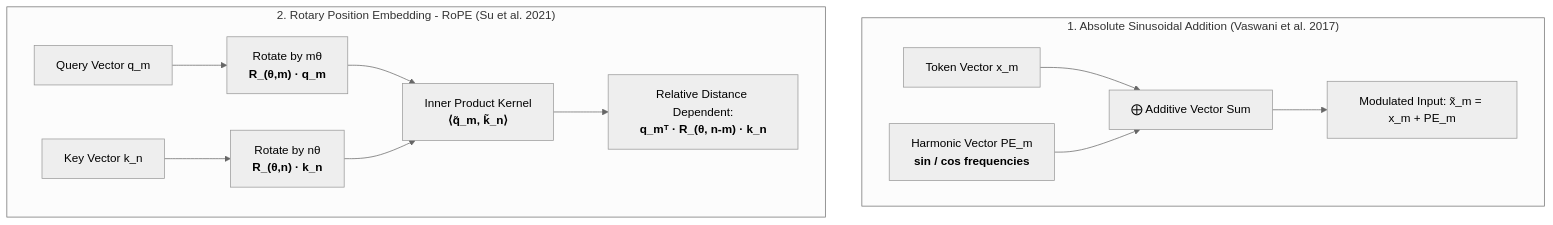
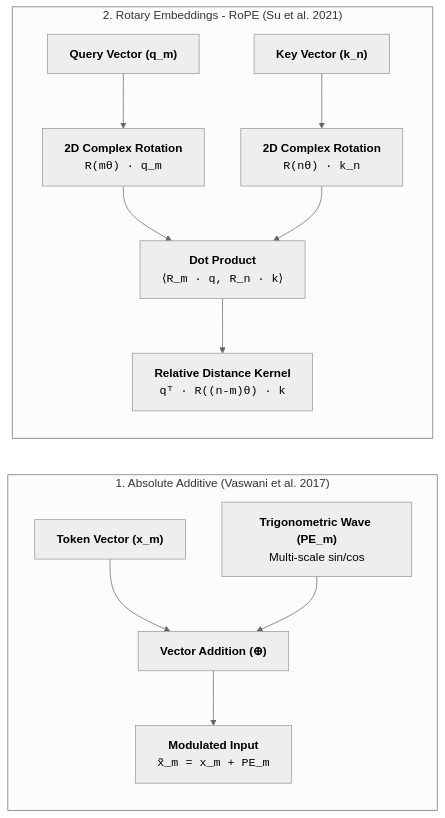
One commit to shotsan/llmnerd changed the diagram in content/foundations/positional_encoding.md. Above: the diagram before and after it, drawn with Mermaid (neutral theme). The commit also changed other lines of this file and 5 other files, not shown here.

````diff
--- a/content/foundations/positional_encoding.md
+++ b/content/foundations/positional_encoding.md
@@ -30,16 +30,18 @@
 ```mermaid
-flowchart TD
-    subgraph Absolute["1. Absolute Sinusoidal Addition (Vaswani et al. 2017)"]
-        X["Token Vector x_m"] --> Add["⨁ Additive Vector Sum"]
-        PE["Harmonic Vector PE_m<br/><b>sin / cos frequencies</b>"] --> Add
-        Add --> Out1["Modulated Input: x̃_m = x_m + PE_m"]
+flowchart LR
+    subgraph S1["1. Absolute Additive (Vaswani et al. 2017)"]
+        direction TB
+        X["<b>Token Vector (x_m)</b>"] --> Add["<b>Vector Addition (⊕)</b>"]
+        PE["<b>Trigonometric Wave (PE_m)</b><br/>Multi-scale sin/cos"] --> Add
+        Add --> Out1["<b>Modulated Input</b><br/><code>x̃_m = x_m + PE_m</code>"]
     end
 
-    subgraph Rotary["2. Rotary Position Embedding - RoPE (Su et al. 2021)"]
-        Q["Query Vector q_m"] --> RotQ["Rotate by mθ<br/><b>R_(θ,m) · q_m</b>"]
-        K["Key Vector k_n"] --> RotK["Rotate by nθ<br/><b>R_(θ,n) · k_n</b>"]
-        RotQ --> Dot["Inner Product Kernel<br/><b>⟨q̃_m, k̃_n⟩</b>"]
+    subgraph S2["2. Rotary Embeddings - RoPE (Su et al. 2021)"]
+        direction TB
+        Q["<b>Query Vector (q_m)</b>"] --> RotQ["<b>2D Complex Rotation</b><br/><code>R(mθ) · q_m</code>"]
+        K["<b>Key Vector (k_n)</b>"] --> RotK["<b>2D Complex Rotation</b><br/><code>R(nθ) · k_n</code>"]
+        RotQ --> Dot["<b>Dot Product</b><br/><code>⟨R_m · q, R_n · k⟩</code>"]
         RotK --> Dot
-        Dot --> Out2["Relative Distance Dependent:<br/><b>q_mᵀ · R_(θ, n-m) · k_n</b>"]
+        Dot --> Out2["<b>Relative Distance Kernel</b><br/><code>qᵀ · R((n-m)θ) · k</code>"]
     end
 ```
````
